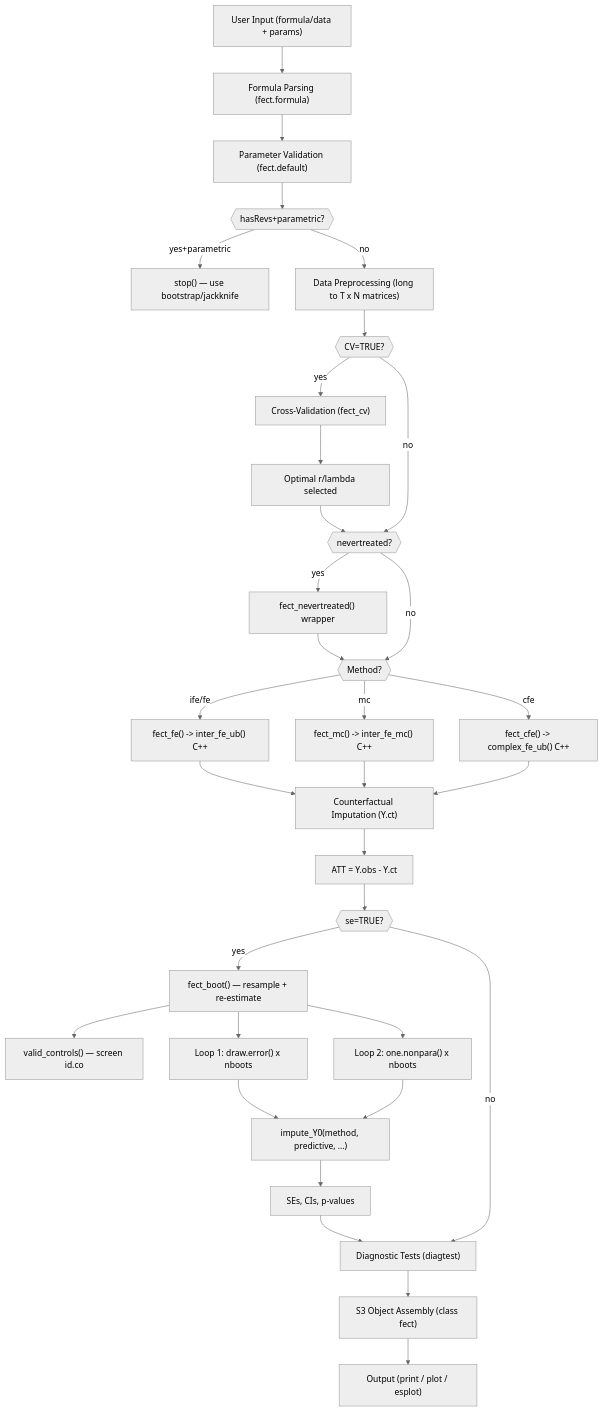
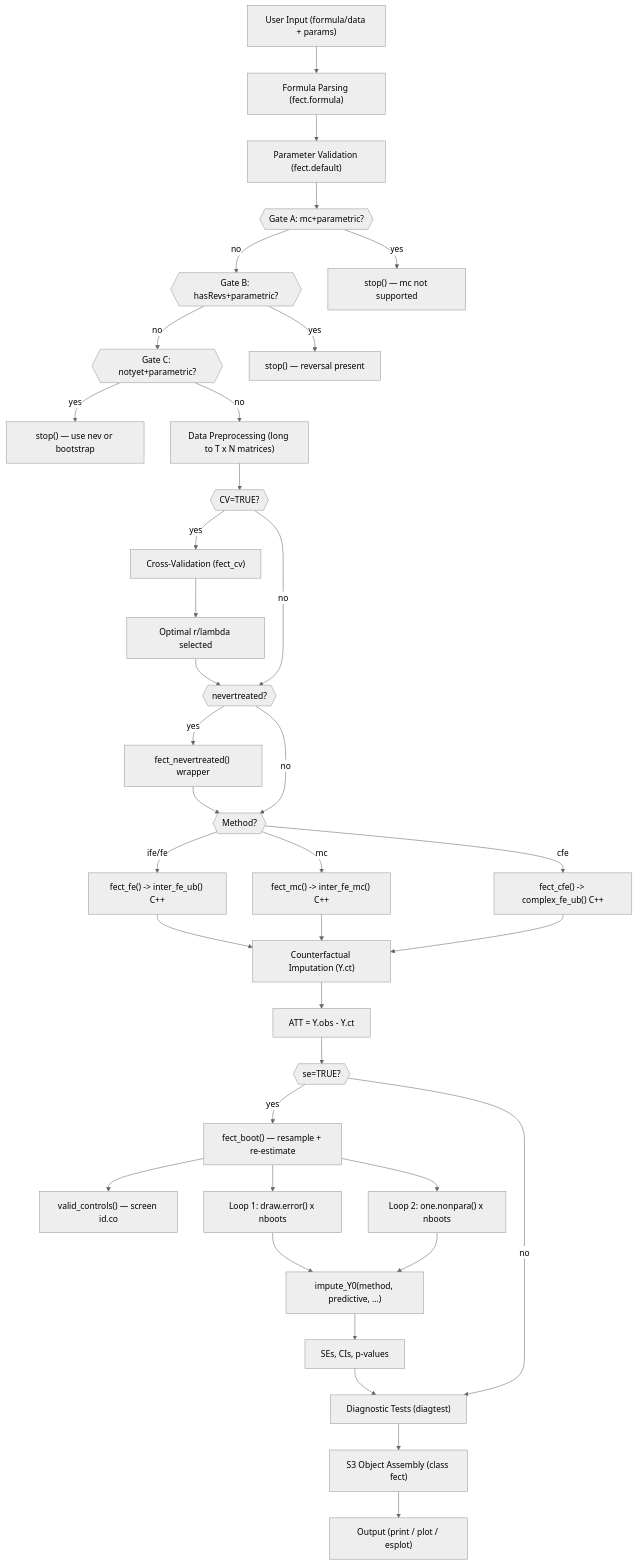
The fifth of 5 diagrams in ARCHITECTURE.md (xuyiqing/fect), drawn with Mermaid before and after one commit. The commit also changed other lines of this file, not shown here.

First line of the commit message:
docs: architecture + process record for notyet+parametric gate

````diff
--- a/ARCHITECTURE.md
+++ b/ARCHITECTURE.md
@@ -307,64 +325,72 @@
 ```mermaid
 %%{init: {'theme': 'neutral'}}%%
 graph TD
     IN["User Input (formula/data + params)"]
     FP["Formula Parsing (fect.formula)"]
     PV["Parameter Validation (fect.default)"]
-    HG{{"hasRevs+parametric?"}}
-    ERR["stop() — use bootstrap/jackknife"]
+    HG{{"Gate A: mc+parametric?"}}
+    HG2{{"Gate B: hasRevs+parametric?"}}
+    HG3{{"Gate C: notyet+parametric?"}}
+    ERR["stop() — mc not supported"]
+    ERR2["stop() — reversal present"]
+    ERR3["stop() — use nev or bootstrap"]
     DP["Data Preprocessing (long to T x N matrices)"]
     CV{{"CV=TRUE?"}}
     CVR["Cross-Validation (fect_cv)"]
     OPT["Optimal r/lambda selected"]
     NT{{"nevertreated?"}}
     NTW["fect_nevertreated() wrapper"]
     MR{{"Method?"}}
     IFE["fect_fe() -> inter_fe_ub() C++"]
     MC["fect_mc() -> inter_fe_mc() C++"]
     CFE["fect_cfe() -> complex_fe_ub() C++"]
     CI["Counterfactual Imputation (Y.ct)"]
     ATT["ATT = Y.obs - Y.ct"]
     SE{{"se=TRUE?"}}
     BOOT["fect_boot() — resample + re-estimate"]
     VC["valid_controls() — screen id.co"]
     L1["Loop 1: draw.error() x nboots"]
     L2["Loop 2: one.nonpara() x nboots"]
     IY["impute_Y0(method, predictive, ...)"]
     SECI["SEs, CIs, p-values"]
     DIAG["Diagnostic Tests (diagtest)"]
     OBJ["S3 Object Assembly (class fect)"]
     OUT["Output (print / plot / esplot)"]
 
     IN --> FP
     FP --> PV
     PV --> HG
-    HG -- yes+parametric --> ERR
-    HG -- no --> DP
+    HG -- yes --> ERR
+    HG -- no --> HG2
+    HG2 -- yes --> ERR2
+    HG2 -- no --> HG3
+    HG3 -- yes --> ERR3
+    HG3 -- no --> DP
     DP --> CV
     CV -- yes --> CVR
     CVR --> OPT
     OPT --> NT
     CV -- no --> NT
     NT -- yes --> NTW
     NTW --> MR
     NT -- no --> MR
     MR -- ife/fe --> IFE
     MR -- mc --> MC
     MR -- cfe --> CFE
     IFE --> CI
     MC --> CI
     CFE --> CI
     CI --> ATT
     ATT --> SE
     SE -- yes --> BOOT
     BOOT --> VC
     BOOT --> L1
     BOOT --> L2
     L1 --> IY
     L2 --> IY
     IY --> SECI
     SECI --> DIAG
     SE -- no --> DIAG
     DIAG --> OBJ
     OBJ --> OUT
 ```
````
